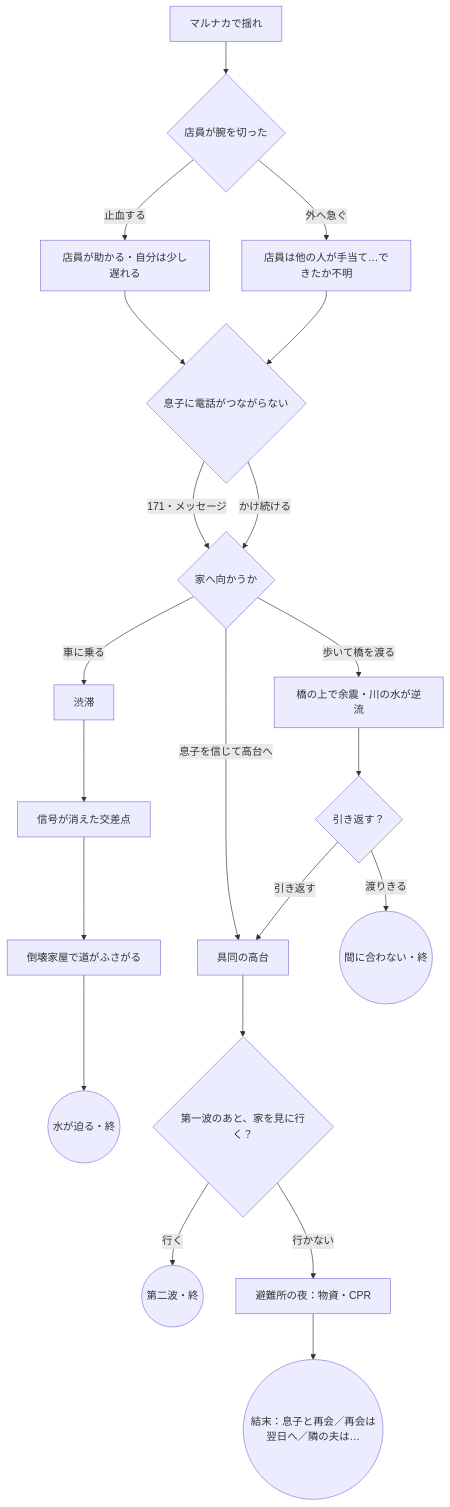
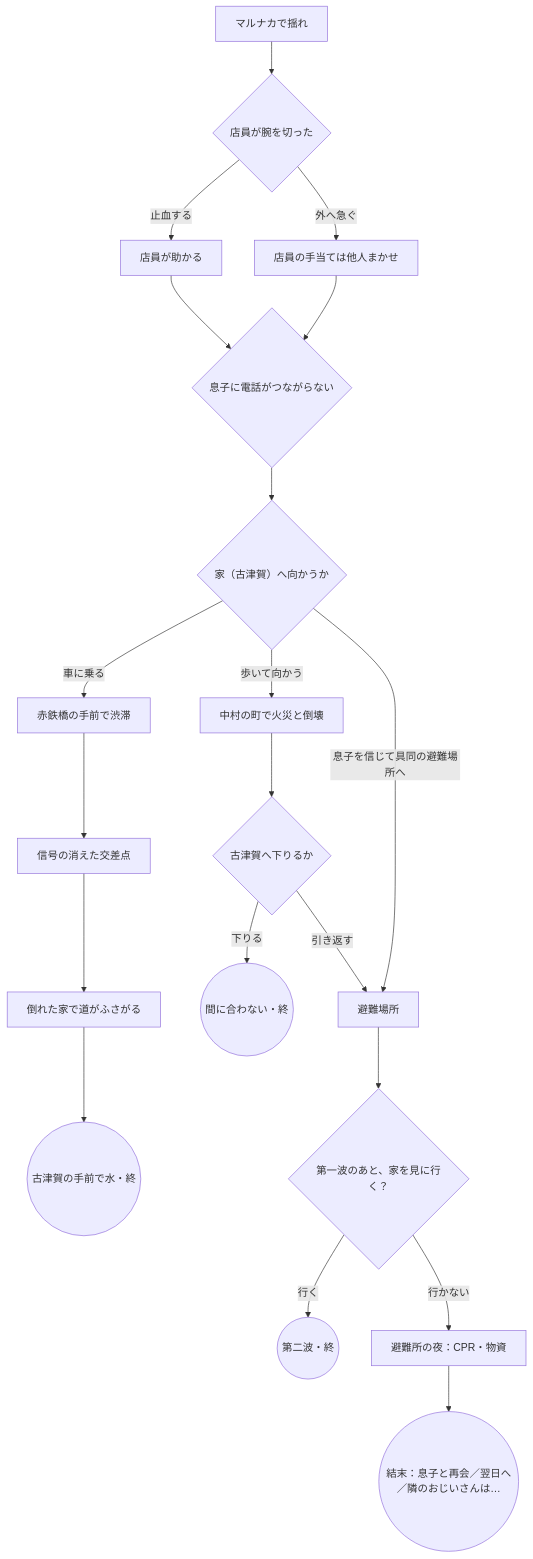
The diagram in tsunami/DESIGN.md (yasuaki11770/-), drawn with Mermaid before and after one commit. The commit also changed other lines of this file, not shown here.

````diff
--- a/tsunami/DESIGN.md
+++ b/tsunami/DESIGN.md
@@ -306,19 +279,18 @@
 ```mermaid
 flowchart TD
   A[マルナカで揺れ] --> B{店員が腕を切った}
-  B -->|止血する| C[店員が助かる・自分は少し遅れる]
-  B -->|外へ急ぐ| C2[店員は他の人が手当て…できたか不明]
+  B -->|止血する| C[店員が助かる]
+  B -->|外へ急ぐ| C2[店員の手当ては他人まかせ]
   C --> D{息子に電話がつながらない}
   C2 --> D
-  D -->|171・メッセージ| E{家へ向かうか}
-  D -->|かけ続ける| E
-  E -->|車に乗る| X1[渋滞] --> X2[信号が消えた交差点] --> X3[倒壊家屋で道がふさがる] --> XE((水が迫る・終))
-  E -->|歩いて橋を渡る| F[橋の上で余震・川の水が逆流] --> G{引き返す？}
-  E -->|息子を信じて高台へ| H[具同の高台]
+  D --> E{家（古津賀）へ向かうか}
+  E -->|車に乗る| X1[赤鉄橋の手前で渋滞] --> X2[信号の消えた交差点] --> X3[倒れた家で道がふさがる] --> XE((古津賀の手前で水・終))
+  E -->|歩いて向かう| F[中村の町で火災と倒壊] --> G{古津賀へ下りるか}
+  G -->|下りる| I((間に合わない・終))
   G -->|引き返す| H
-  G -->|渡りきる| I((間に合わない・終))
+  E -->|息子を信じて具同の避難場所へ| H[避難場所]
   H --> J{第一波のあと、家を見に行く？}
   J -->|行く| K((第二波・終))
-  J -->|行かない| L[避難所の夜：物資・CPR]
-  L --> M((結末：息子と再会／再会は翌日へ／隣の夫は…))
+  J -->|行かない| L[避難所の夜：CPR・物資]
+  L --> M((結末：息子と再会／翌日へ／隣のおじいさんは…))
 ```
````
